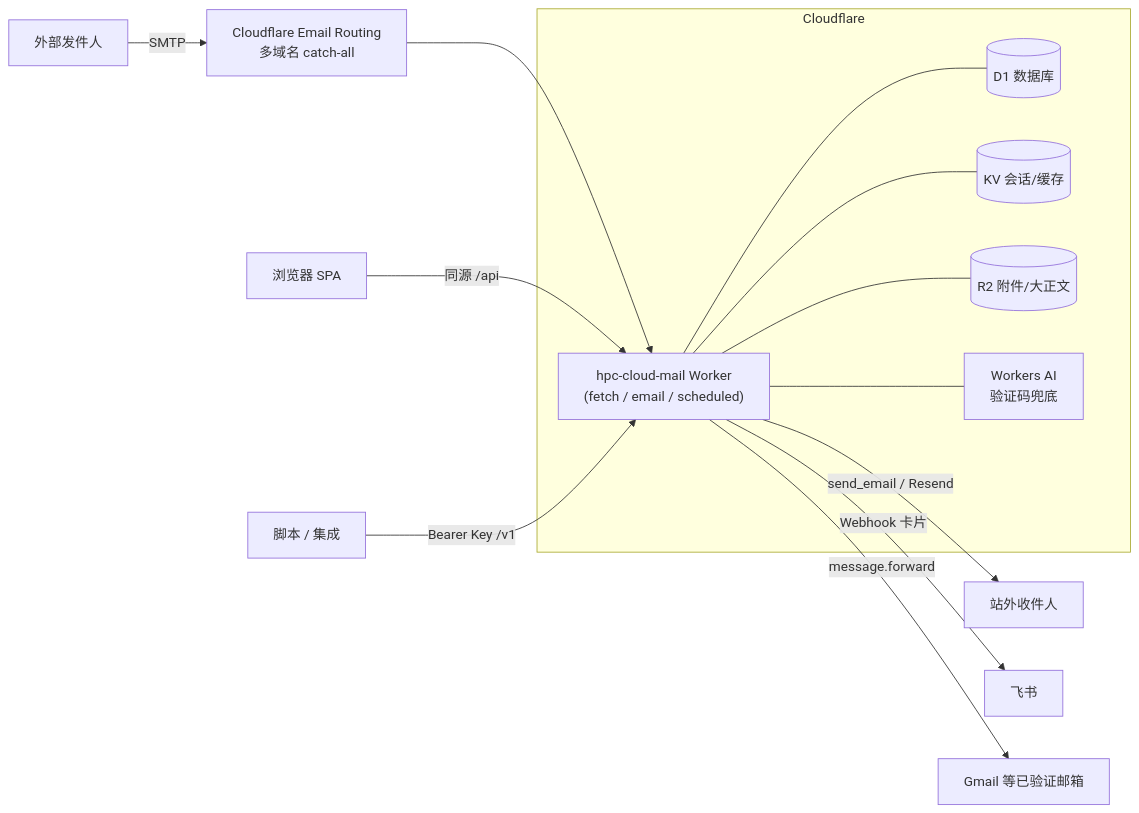
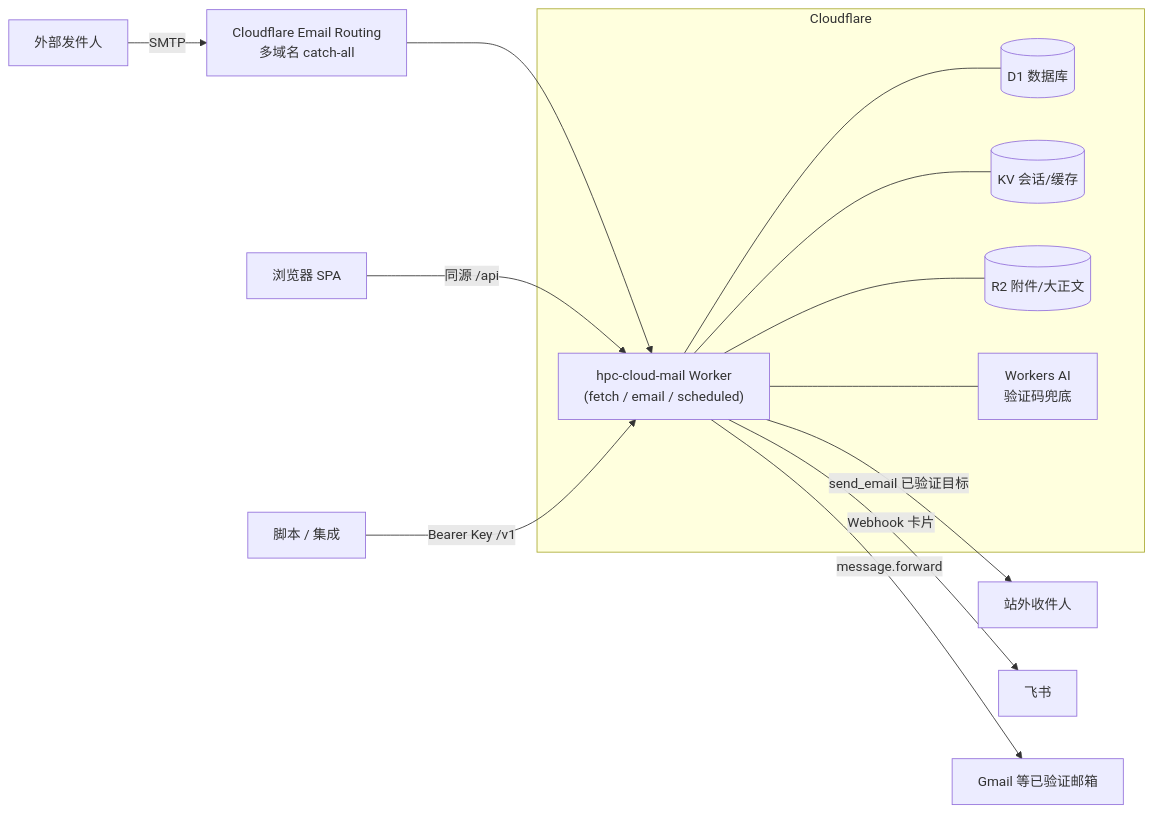
One commit to a37836323/hpc-mail changed the diagram in README.md. Above: the diagram before and after it, drawn with Mermaid. The commit also changed other lines of this file and 20 other files, not shown here.

First line of the commit message:
refactor: 彻底移除 Resend 外发通道，只保留 Cloudflare send_email

````diff
--- a/README.md
+++ b/README.md
@@ -38,23 +38,23 @@
 ```mermaid
 flowchart LR
     S[外部发件人] -->|SMTP| ER[Cloudflare Email Routing<br/>多域名 catch-all]
     ER --> W
 
     subgraph CF [Cloudflare]
         W["hpc-cloud-mail Worker<br/>(fetch / email / scheduled)"]
         D1[(D1 数据库)]
         KV[(KV 会话/缓存)]
         R2[(R2 附件/大正文)]
         AI[Workers AI<br/>验证码兜底]
         W --- D1
         W --- KV
         W --- R2
         W --- AI
     end
 
     B[浏览器 SPA] -->|同源 /api| W
     C[脚本 / 集成] -->|Bearer Key /v1| W
-    W -->|send_email / Resend| OUT[站外收件人]
+    W -->|send_email 已验证目标| OUT[站外收件人]
     W -->|Webhook 卡片| FS[飞书]
     W -->|message.forward| GM[Gmail 等已验证邮箱]
 ```
````
